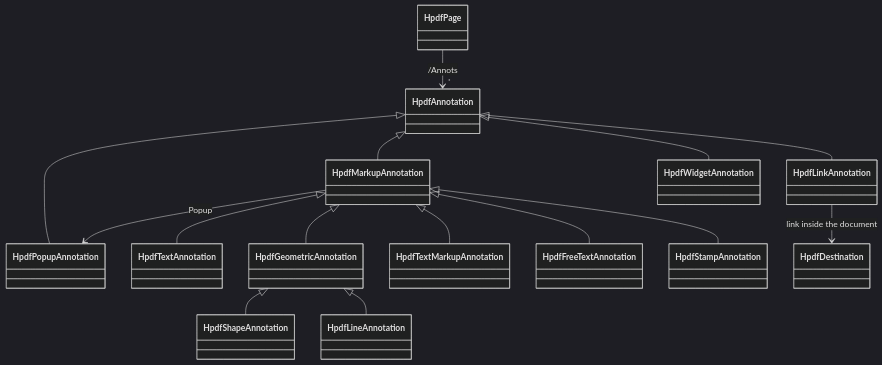
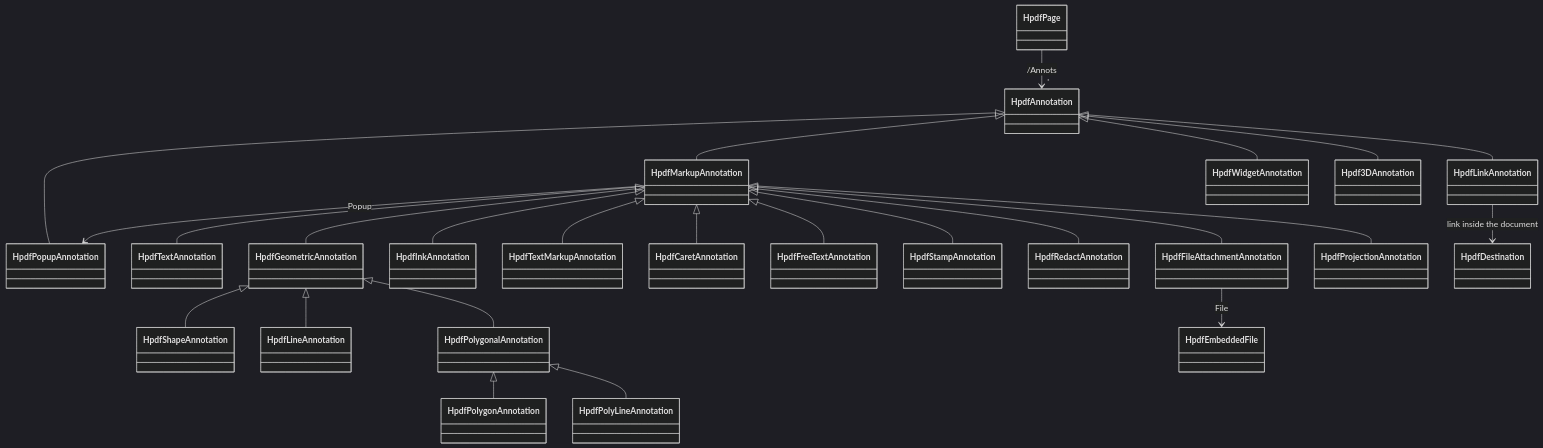
The diagram in docs/guides/AnnotationsGuide.md (nikolaygekht/haru-net-full-port), drawn with Mermaid (dark theme) before and after one commit. The commit also changed other lines of this file and 58 other files, not shown here.

````diff
--- a/docs/guides/AnnotationsGuide.md
+++ b/docs/guides/AnnotationsGuide.md
@@ -34,17 +42,27 @@
 ```mermaid
 classDiagram
     HpdfPage --> "*" HpdfAnnotation : /Annots
     HpdfAnnotation <|-- HpdfLinkAnnotation
     HpdfAnnotation <|-- HpdfMarkupAnnotation
     HpdfAnnotation <|-- HpdfPopupAnnotation
     HpdfAnnotation <|-- HpdfWidgetAnnotation
+    HpdfAnnotation <|-- Hpdf3DAnnotation
     HpdfMarkupAnnotation <|-- HpdfTextAnnotation
     HpdfMarkupAnnotation <|-- HpdfGeometricAnnotation
     HpdfGeometricAnnotation <|-- HpdfShapeAnnotation
     HpdfGeometricAnnotation <|-- HpdfLineAnnotation
+    HpdfGeometricAnnotation <|-- HpdfPolygonalAnnotation
+    HpdfPolygonalAnnotation <|-- HpdfPolygonAnnotation
+    HpdfPolygonalAnnotation <|-- HpdfPolyLineAnnotation
+    HpdfMarkupAnnotation <|-- HpdfInkAnnotation
     HpdfMarkupAnnotation <|-- HpdfTextMarkupAnnotation
+    HpdfMarkupAnnotation <|-- HpdfCaretAnnotation
     HpdfMarkupAnnotation <|-- HpdfFreeTextAnnotation
     HpdfMarkupAnnotation <|-- HpdfStampAnnotation
+    HpdfMarkupAnnotation <|-- HpdfRedactAnnotation
+    HpdfMarkupAnnotation <|-- HpdfFileAttachmentAnnotation
+    HpdfMarkupAnnotation <|-- HpdfProjectionAnnotation
     HpdfMarkupAnnotation --> HpdfPopupAnnotation : Popup
+    HpdfFileAttachmentAnnotation --> HpdfEmbeddedFile : File
     HpdfLinkAnnotation --> HpdfDestination : link inside the document
 ```
````
